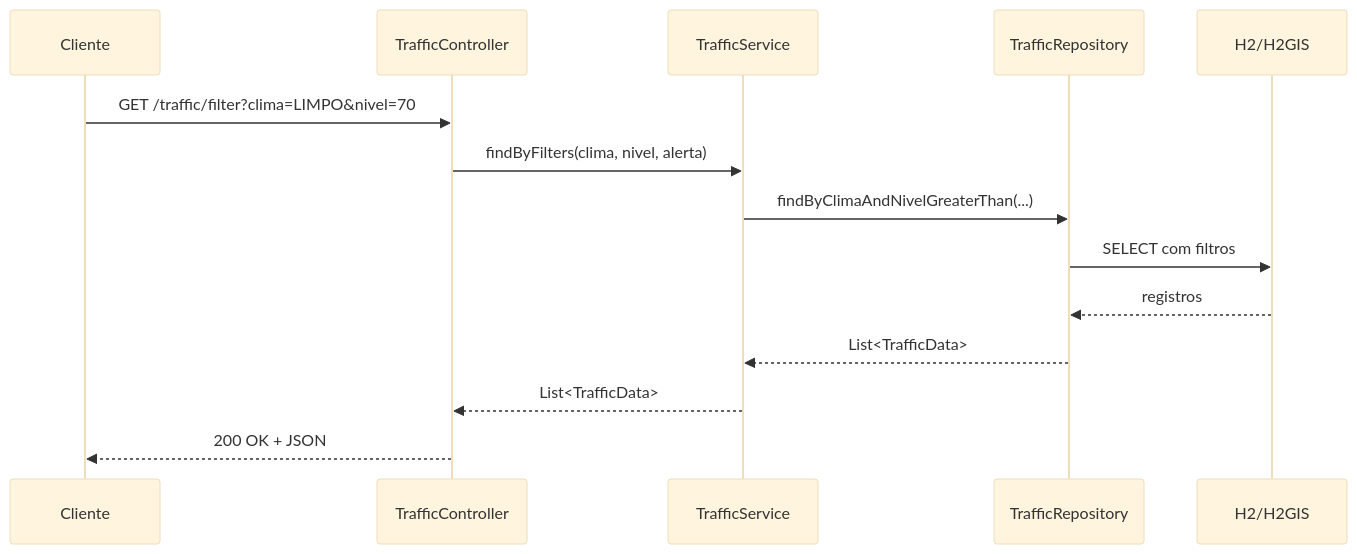
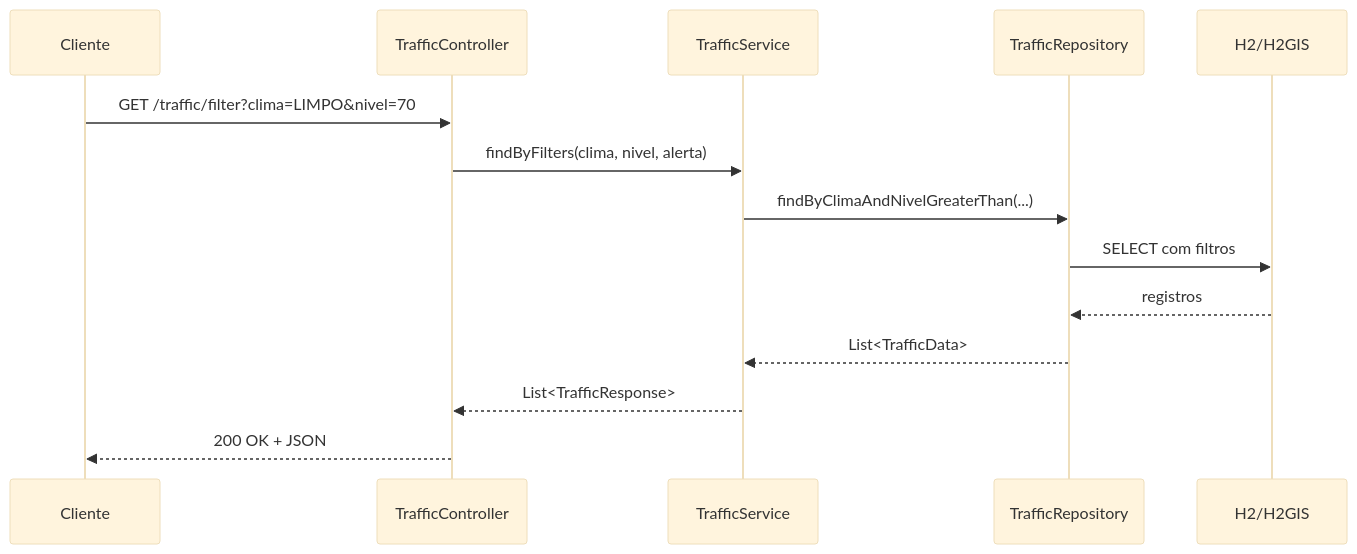
The first of 2 diagrams in docs/api.md (No-Country-simulation/S03-26-Equipe-26-Web-App-Development), drawn with Mermaid (base theme) before and after one commit. The commit also changed other lines of this file and 19 other files, not shown here.

Commit message:
fix: corrige TrafficController e remove secret exposta

````diff
--- a/docs/api.md
+++ b/docs/api.md
@@ -105,17 +129,17 @@
 ```mermaid
 sequenceDiagram
     participant Client as Cliente
     participant Controller as TrafficController
     participant Service as TrafficService
     participant Repo as TrafficRepository
     participant DB as H2/H2GIS
 
     Client->>Controller: GET /traffic/filter?clima=LIMPO&nivel=70
     Controller->>Service: findByFilters(clima, nivel, alerta)
     Service->>Repo: findByClimaAndNivelGreaterThan(...)
     Repo->>DB: SELECT com filtros
     DB-->>Repo: registros
     Repo-->>Service: List<TrafficData>
-    Service-->>Controller: List<TrafficData>
+    Service-->>Controller: List<TrafficResponse>
     Controller-->>Client: 200 OK + JSON
 ```
````
